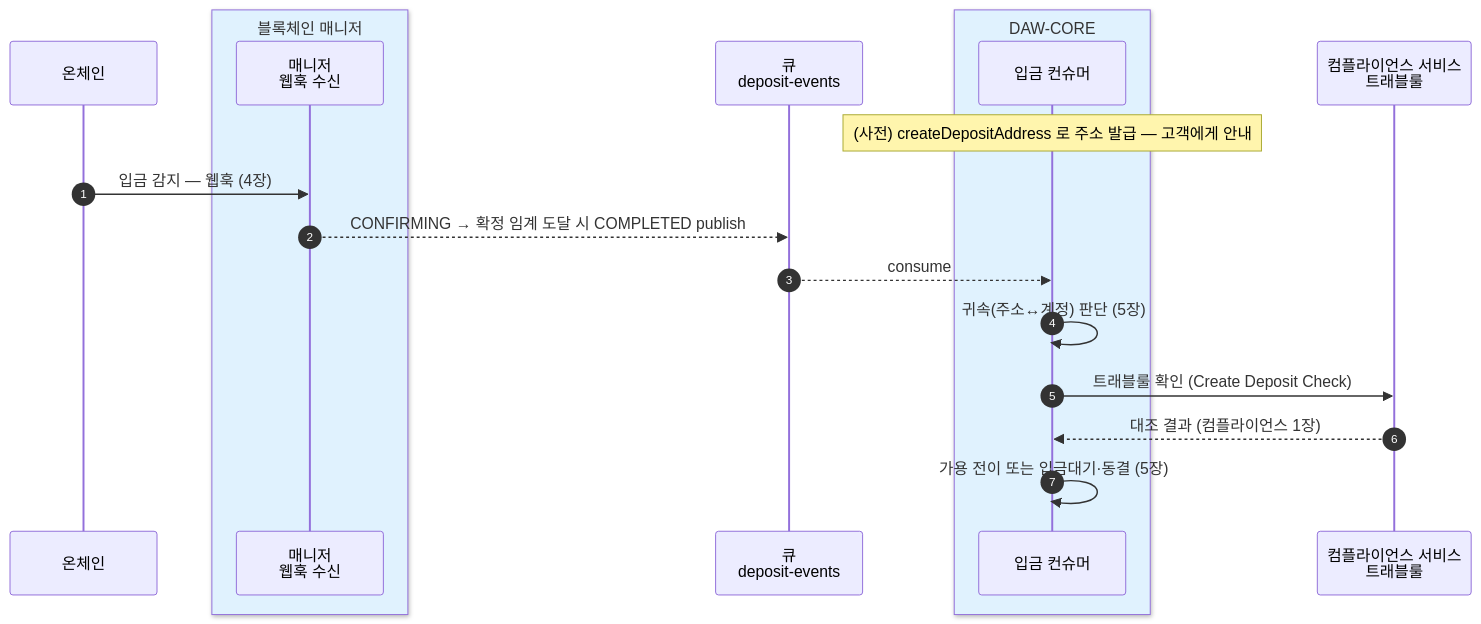
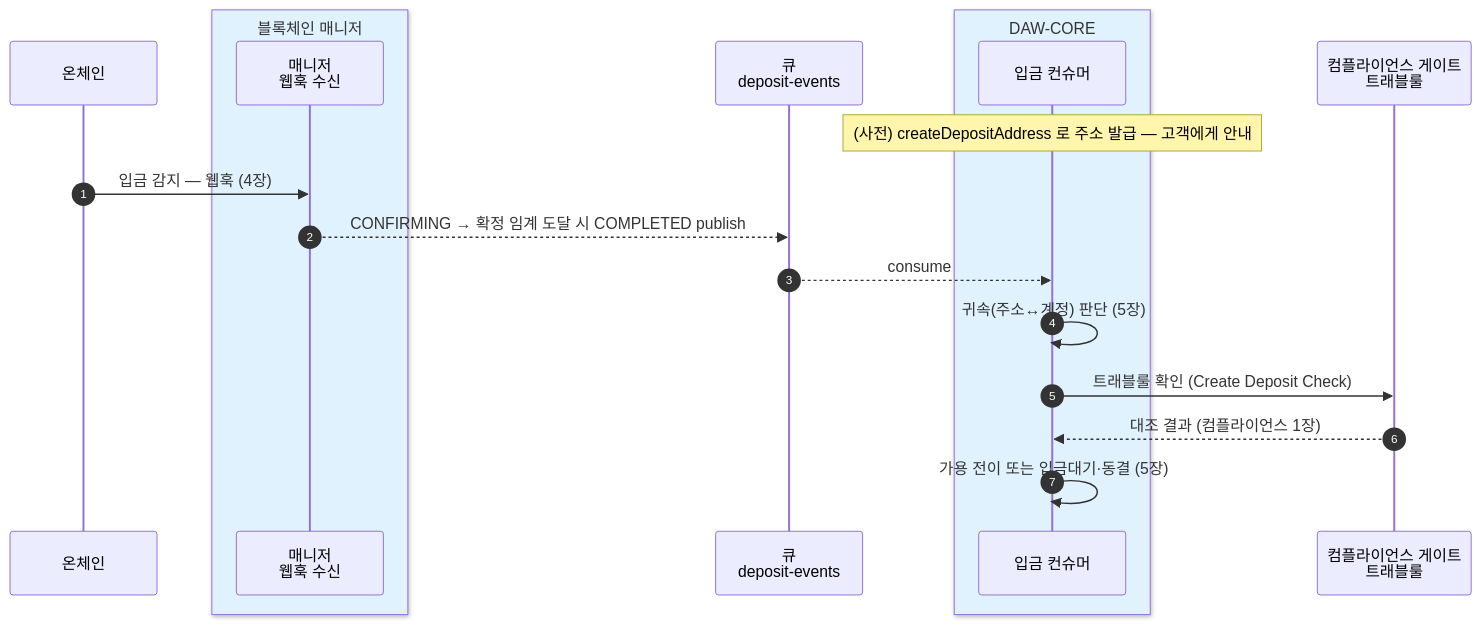
Before and after one commit to eunsujeo/eunpus: the second of 2 diagrams in blockchain-manager/docs/블록체인매니저/설계/16-interface.md, drawn with Mermaid. The commit also changed other lines of this file and 47 other files, not shown here.

First line of the commit message:
웹훅 상세 설계 + BC 카테고리 개편 + ERD·시나리오 애니메이션 도구

````diff
--- a/blockchain-manager/docs/블록체인매니저/설계/16-interface.md
+++ b/blockchain-manager/docs/블록체인매니저/설계/16-interface.md
@@ -103,22 +101,22 @@
 ```mermaid
 sequenceDiagram
     autonumber
     participant CH as 온체인
     box rgb(224,242,254) 블록체인 매니저
     participant BM as 매니저<br/>웹훅 수신
     end
     participant MQ as 큐<br/>deposit-events
     box rgb(224,242,254) DAW-CORE
     participant BE as 입금 컨슈머
     end
-    participant CP as 컴플라이언스 서비스<br/>트래블룰
+    participant CP as 컴플라이언스 게이트<br/>트래블룰
 
     Note over BE: (사전) createDepositAddress 로 주소 발급 — 고객에게 안내
     CH->>BM: 입금 감지 — 웹훅 (4장)
     BM-->>MQ: CONFIRMING → 확정 임계 도달 시 COMPLETED publish
     MQ-->>BE: consume
     BE->>BE: 귀속(주소↔계정) 판단 (5장)
     BE->>CP: 트래블룰 확인 (Create Deposit Check)
     CP-->>BE: 대조 결과 (컴플라이언스 1장)
     BE->>BE: 가용 전이 또는 입금대기·동결 (5장)
 ```
````
